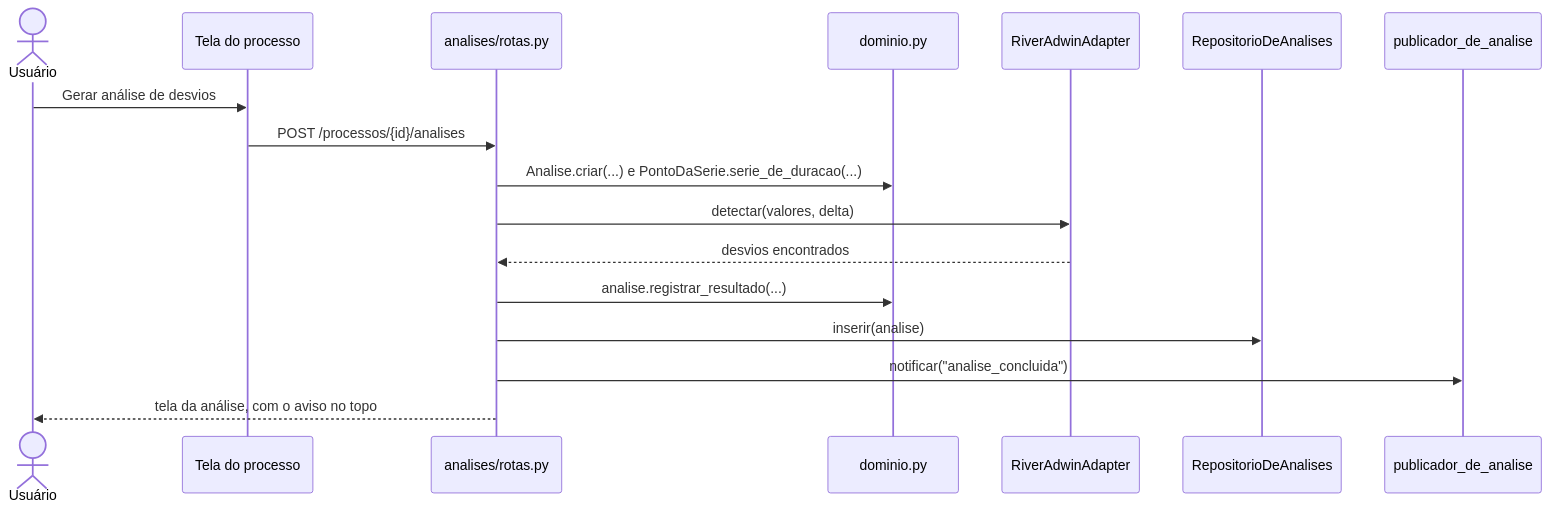
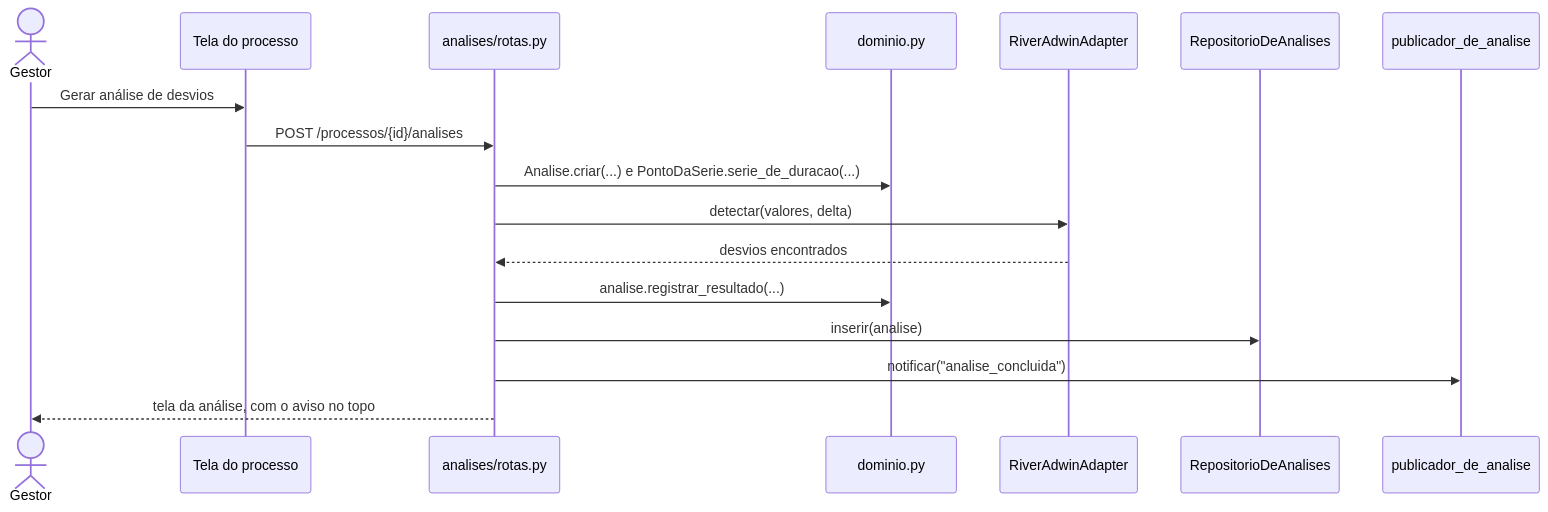
One commit to aland3r/driftor-reuso changed the second of 3 diagrams in defesa/roteiro-emanuelle.md. Above: the diagram before and after it, drawn with Mermaid. The commit also changed other lines of this file and 3 other files, not shown here.

Commit message:
roteiros: emanuelle com análise e manutenção, variabilidade por papel e observer da manutenção

````diff
--- a/defesa/roteiro-emanuelle.md
+++ b/defesa/roteiro-emanuelle.md
@@ -74,19 +78,19 @@
 ```mermaid
 sequenceDiagram
-    actor U as Usuário
+    actor G as Gestor
     participant T as Tela do processo
     participant R as analises/rotas.py
     participant D as dominio.py
     participant A as RiverAdwinAdapter
     participant P as RepositorioDeAnalises
     participant O as publicador_de_analise
-    U->>T: Gerar análise de desvios
+    G->>T: Gerar análise de desvios
     T->>R: POST /processos/{id}/analises
     R->>D: Analise.criar(...) e PontoDaSerie.serie_de_duracao(...)
     R->>A: detectar(valores, delta)
     A-->>R: desvios encontrados
     R->>D: analise.registrar_resultado(...)
     R->>P: inserir(analise)
     R->>O: notificar("analise_concluida")
-    R-->>U: tela da análise, com o aviso no topo
+    R-->>G: tela da análise, com o aviso no topo
 ```
````
